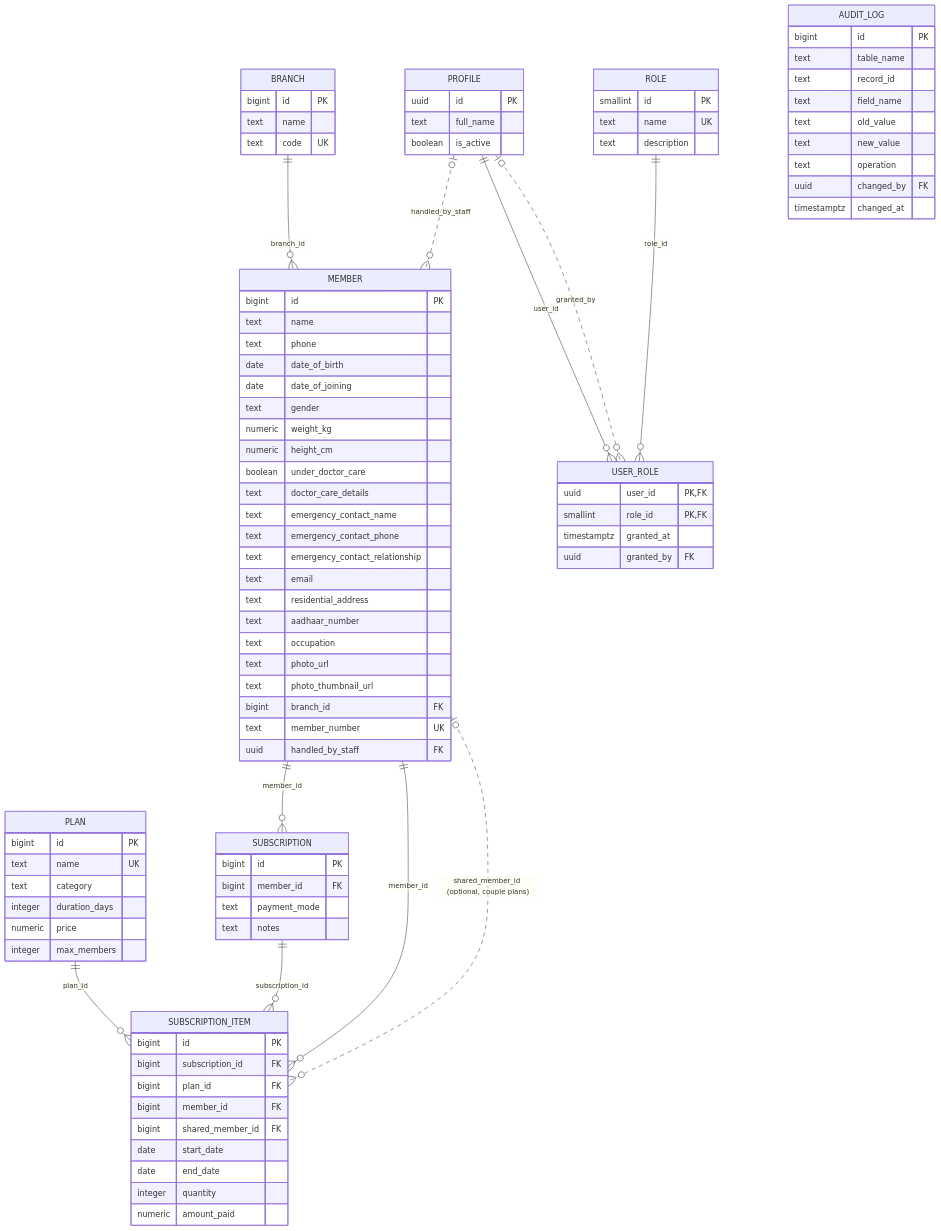
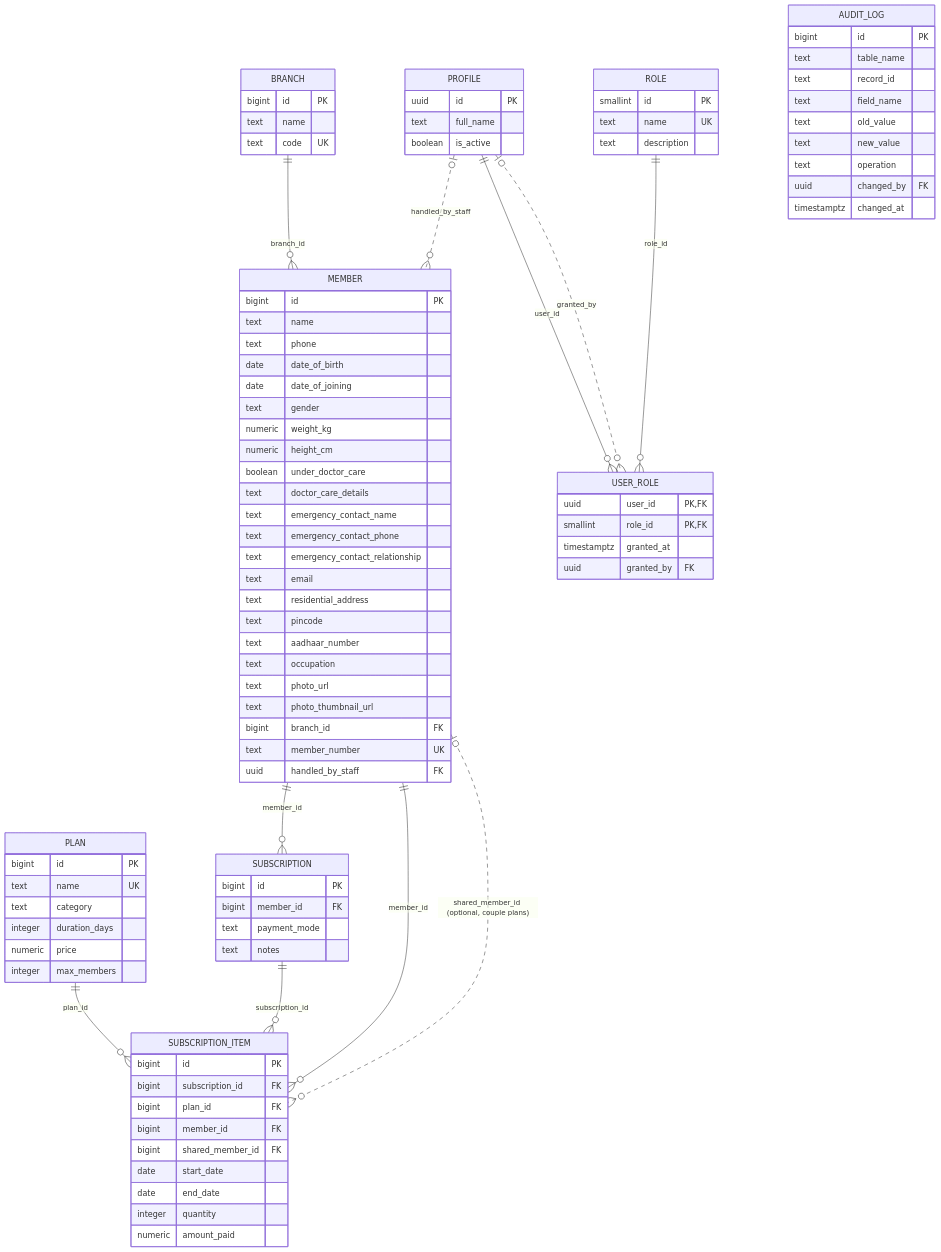
One commit to nilavann/GymSubscriptionApp changed the diagram in spec/backend/domain-model.md. Above: the diagram before and after it, drawn with Mermaid. The commit also changed other lines of this file and 11 other files, not shown here.

```diff
--- a/spec/backend/domain-model.md
+++ b/spec/backend/domain-model.md
@@ -404,6 +405,7 @@
         text emergency_contact_relationship
         text email
         text residential_address
+        text pincode
         text aadhaar_number
         text occupation
         text photo_url
```
